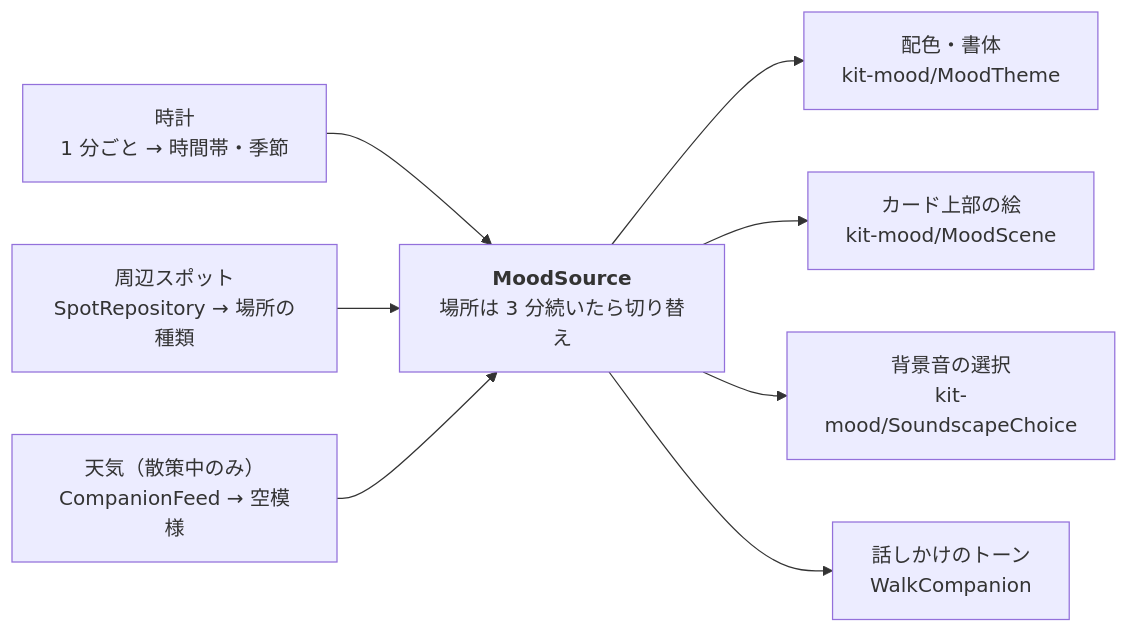
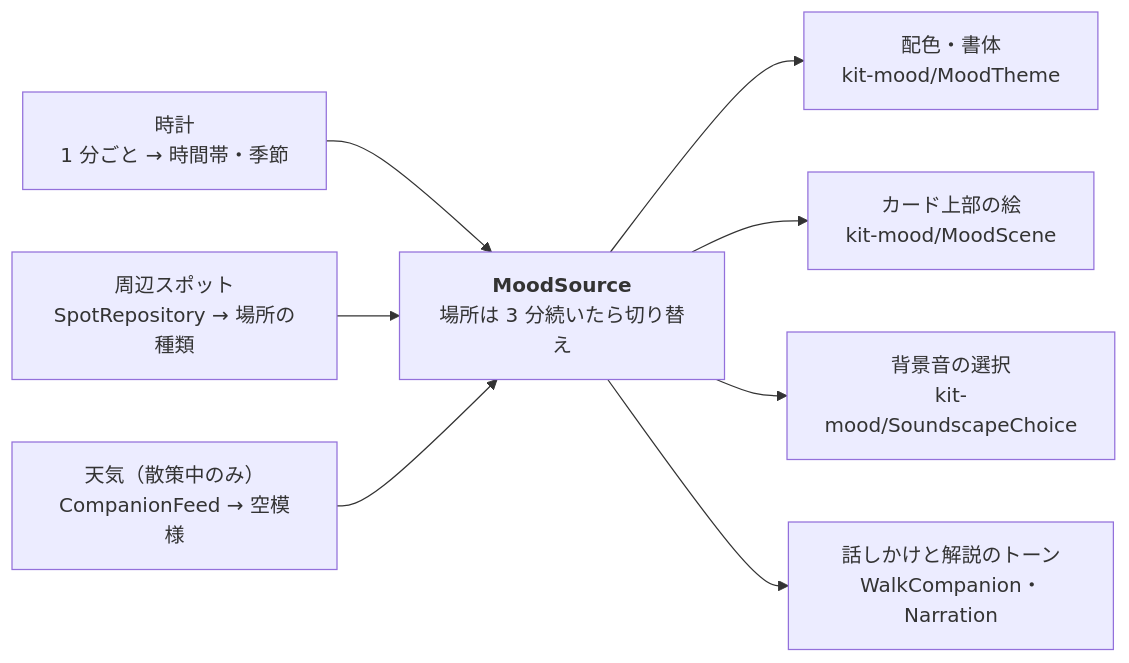
One commit to duwenji/yorisoi-sanpoguide changed the fifth of 8 diagrams in docs/architecture.md. Above: the diagram before and after it, drawn with Mermaid. The commit also changed other lines of this file and 17 other files, not shown here.

First line of the commit message:
feat: narrate spots in the tone of the walk's mood

````diff
--- a/docs/architecture.md
+++ b/docs/architecture.md
@@ -172,11 +172,11 @@
 ```mermaid
 flowchart LR
   Clock["時計<br/>1 分ごと → 時間帯・季節"] --> MS
   Spots["周辺スポット<br/>SpotRepository → 場所の種類"] --> MS
   Weather["天気（散策中のみ）<br/>CompanionFeed → 空模様"] --> MS
   MS["<b>MoodSource</b><br/>場所は 3 分続いたら切り替え"]
   MS --> Theme["配色・書体<br/>kit-mood/MoodTheme"]
   MS --> Scene["カード上部の絵<br/>kit-mood/MoodScene"]
   MS --> Sound["背景音の選択<br/>kit-mood/SoundscapeChoice"]
-  MS --> Tone["話しかけのトーン<br/>WalkCompanion"]
+  MS --> Tone["話しかけと解説のトーン<br/>WalkCompanion・Narration"]
 ```
````
